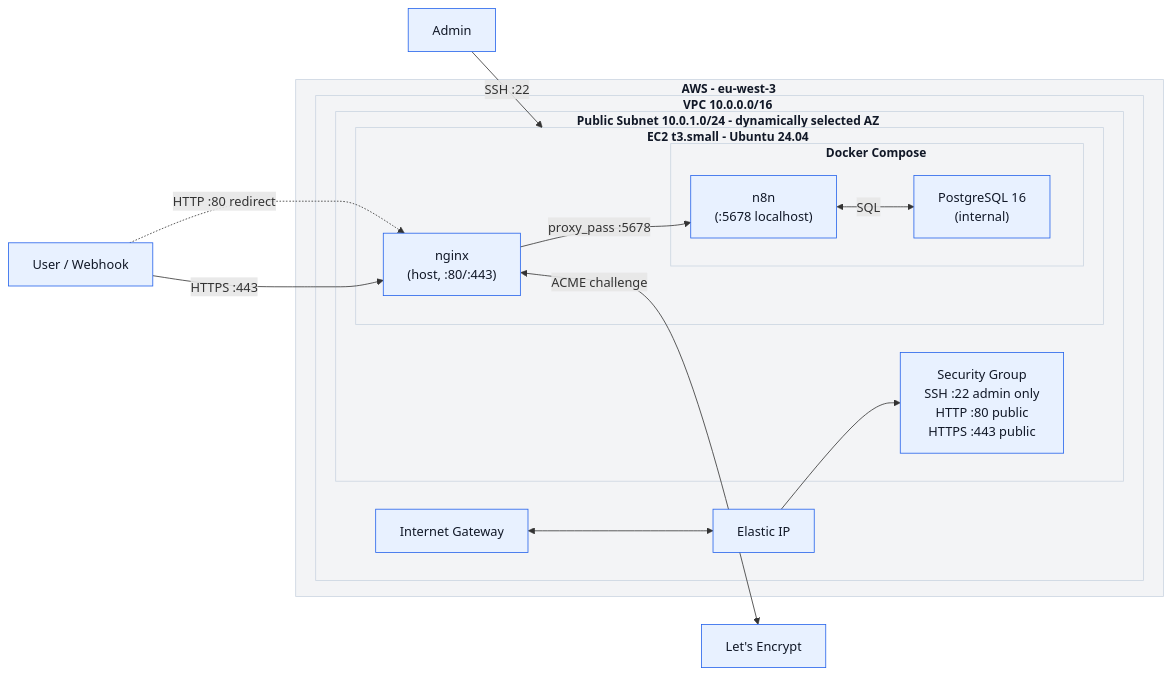
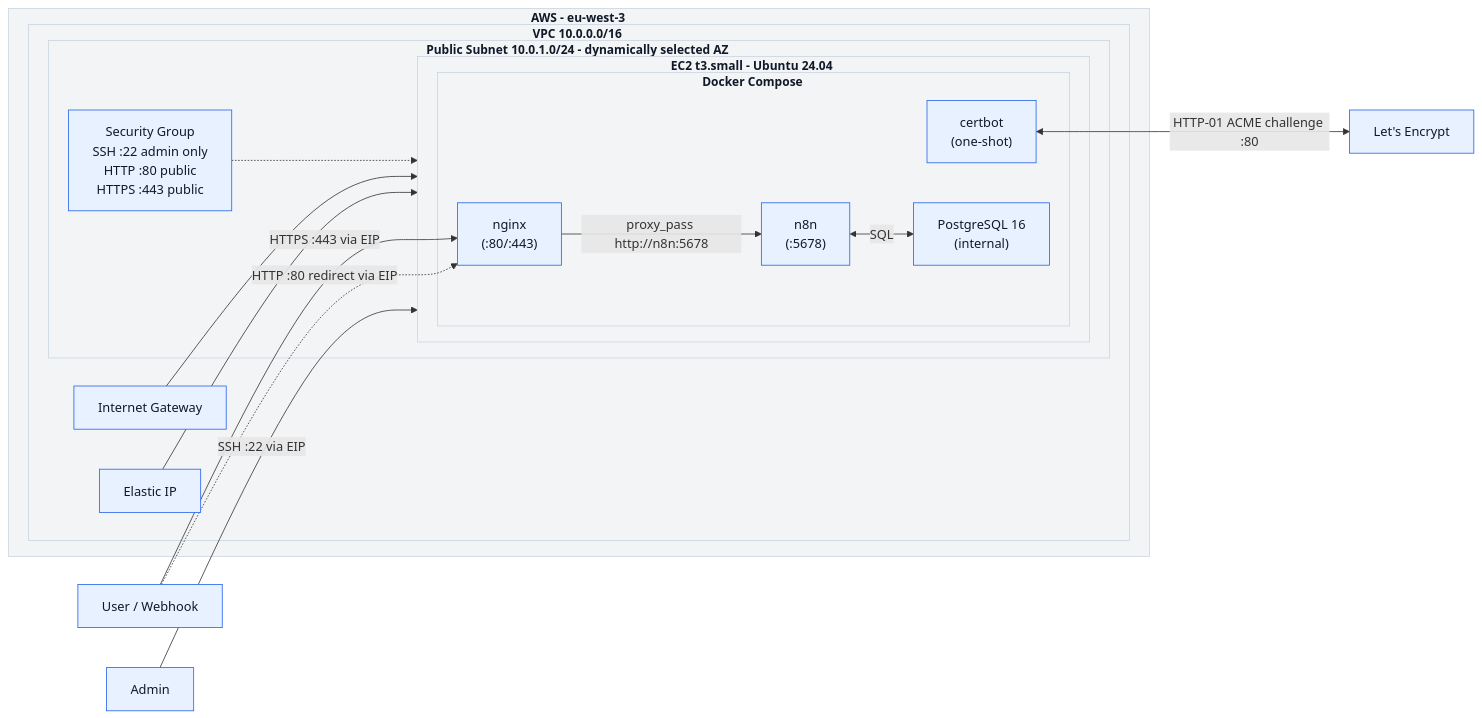
One commit to gsiegwald/n8n-deploy-kit changed the first of 2 diagrams in README.md. Above: the diagram before and after it, drawn with Mermaid. The commit also changed other lines of this file and 4 other files, not shown here.

Commit message:
feat(ansible): add nginx and certbot roles with TLS certificate provisioning

````diff
--- a/README.md
+++ b/README.md
@@ -87,44 +104,46 @@
 ```mermaid
 flowchart LR
   %% Infrastructure
   subgraph AWS["AWS - eu-west-3"]
     subgraph VPC["VPC 10.0.0.0/16"]
       subgraph Subnet["Public Subnet 10.0.1.0/24 - dynamically selected AZ"]
         SG["Security Group\nSSH :22 admin only\nHTTP :80 public\nHTTPS :443 public"]
         subgraph EC2["EC2 t3.small - Ubuntu 24.04"]
-          NGINX["nginx\n(host, :80/:443)"]
           subgraph Docker["Docker Compose"]
-            N8N["n8n\n(:5678 localhost)"]
+            NGINX["nginx\n(:80/:443)"]
+            CERTBOT["certbot\n(one-shot)"]
+            N8N["n8n\n(:5678)"]
             PG["PostgreSQL 16\n(internal)"]
           end
           N8N <-->|SQL| PG
         end
       end
       IGW["Internet Gateway"]
       EIP["Elastic IP"]
     end
   end
 
   LE["Let's Encrypt"]
   User["User / Webhook"]
   Admin["Admin"]
 
   %% Network flows
-  User -->|HTTPS :443| NGINX
-  User -.->|HTTP :80 redirect| NGINX
-  NGINX -->|proxy_pass :5678| N8N
-  Admin -->|SSH :22| EC2
-  EIP --> SG
-  IGW <--> EIP
-  NGINX <-->|ACME challenge| LE
+  User -->|HTTPS :443 via EIP| NGINX
+  User -.->|HTTP :80 redirect via EIP| NGINX
+  NGINX -->|proxy_pass http://n8n:5678| N8N
+  Admin -->|SSH :22 via EIP| EC2
+  IGW --> EC2
+  EIP --> EC2
+  SG -.-> EC2
+  CERTBOT <-->|HTTP-01 ACME challenge :80| LE
 
   %% ---- Subgraph styling ----
   style AWS    fill:#F3F4F6,stroke:#CBD5E1,stroke-width:1px,color:#111827,font-size:15px,font-weight:bold
   style VPC    fill:#F3F4F6,stroke:#CBD5E1,stroke-width:1px,color:#111827,font-size:15px,font-weight:bold
   style Subnet fill:#F3F4F6,stroke:#CBD5E1,stroke-width:1px,color:#111827,font-size:15px,font-weight:bold
   style EC2    fill:#F3F4F6,stroke:#CBD5E1,stroke-width:1px,color:#111827,font-size:15px,font-weight:bold
   style Docker fill:#F3F4F6,stroke:#CBD5E1,stroke-width:1px,color:#111827,font-size:15px,font-weight:bold
 
   %% ---- Node styling ----
   classDef default  fill:#E8F1FF,stroke:#2563EB,stroke-width:1px,color:#111827;
 ```
````
